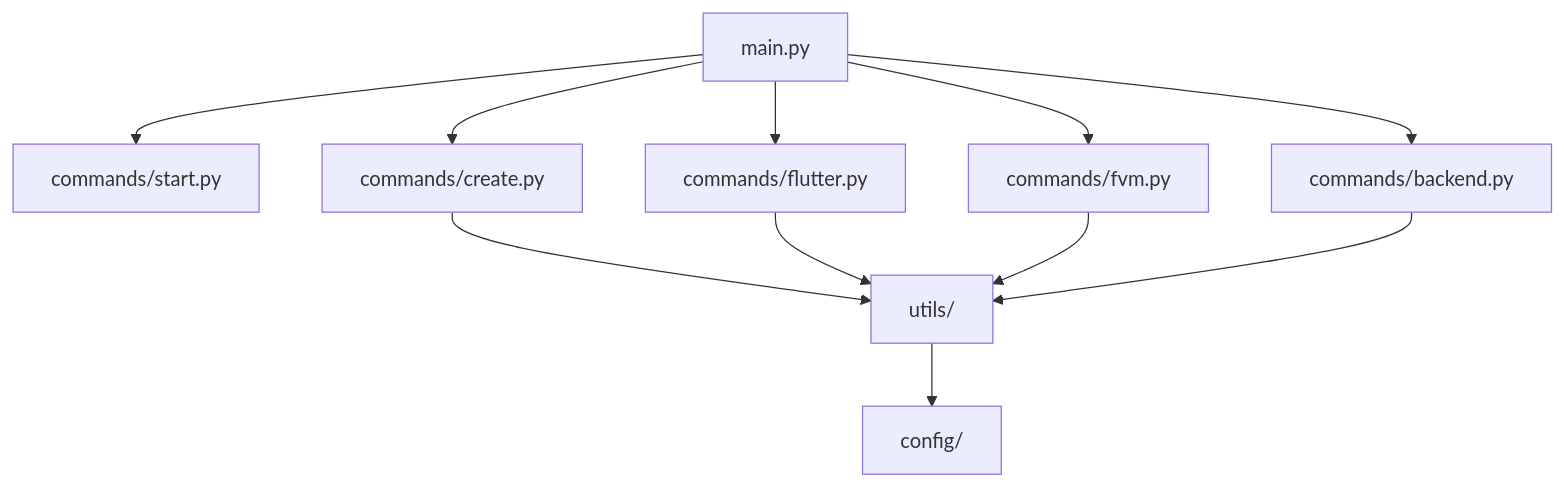
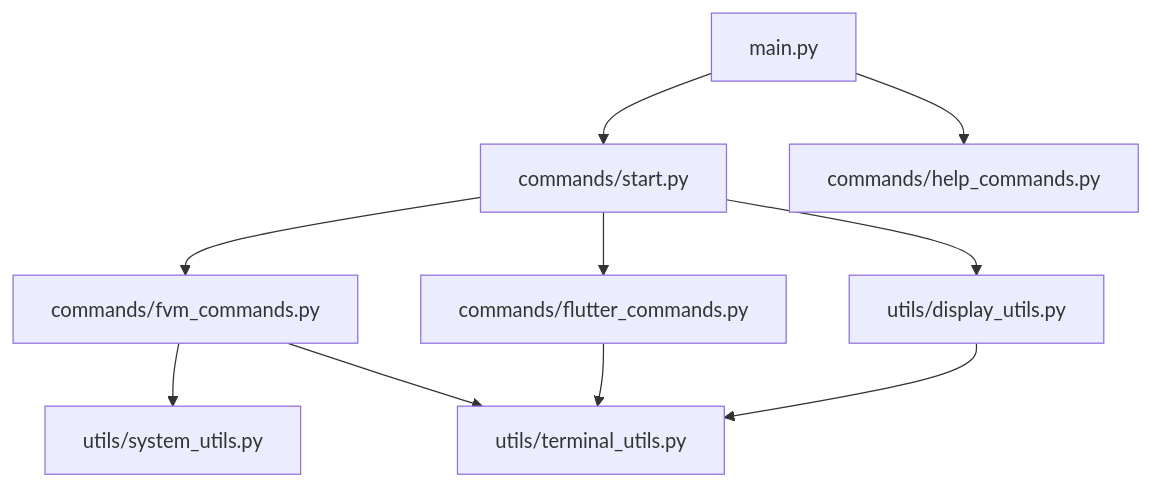
Before and after one commit to UTTAM-VAGHASIA/fluttercraft: the diagram in docs/implementation-roadmap.md, drawn with Mermaid. The commit also changed other lines of this file and 22 other files, not shown here.

````diff
--- a/docs/implementation-roadmap.md
+++ b/docs/implementation-roadmap.md
@@ -81,13 +104,12 @@
 ```mermaid
 graph TD
     A[main.py] --> B[commands/start.py]
-    A --> C[commands/create.py]
-    A --> D[commands/flutter.py]
-    A --> E[commands/fvm.py]
-    A --> F[commands/backend.py]
-    C --> G[utils/]
-    D --> G
-    E --> G
-    F --> G
-    G --> H[config/]
+    A --> C[commands/help_commands.py]
+    B --> D[commands/fvm_commands.py]
+    B --> E[commands/flutter_commands.py]
+    B --> F[utils/display_utils.py]
+    D --> G[utils/system_utils.py]
+    D --> H[utils/terminal_utils.py]
+    E --> H
+    F --> H
 ```
````
